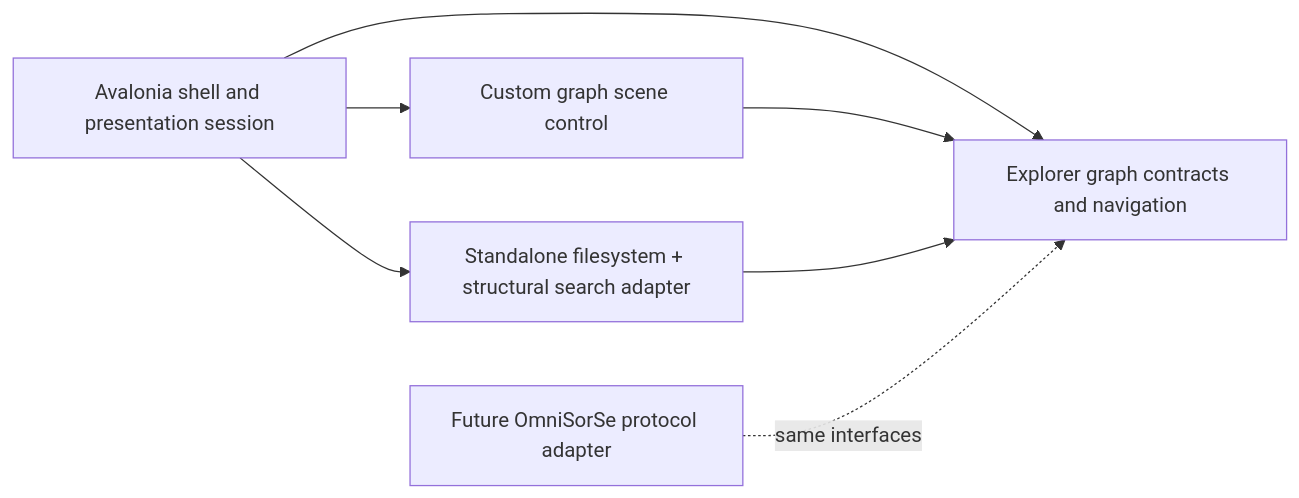
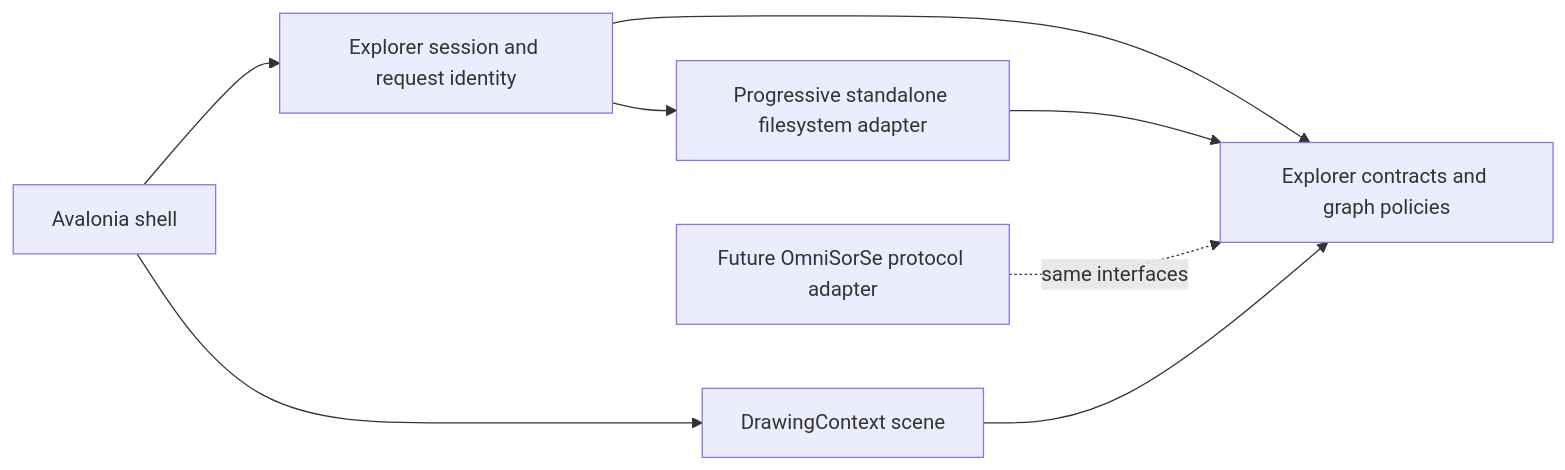
The diagram in docs/architecture.md (nishdel/OmniBrille), drawn with Mermaid before and after one commit. The commit also changed other lines of this file and 2 other files, not shown here.

````diff
--- a/docs/architecture.md
+++ b/docs/architecture.md
@@ -9,9 +9,10 @@
 ```mermaid
 flowchart LR
-    Shell[Avalonia shell and presentation session] --> Core[Explorer graph contracts and navigation]
-    Shell --> Renderer[Custom graph scene control]
+    Shell[Avalonia shell] --> Session[Explorer session and request identity]
+    Session --> Core[Explorer contracts and graph policies]
+    Shell --> Renderer[DrawingContext scene]
     Renderer --> Core
-    FS[Standalone filesystem + structural search adapter] --> Core
-    Shell --> FS
+    FS[Progressive standalone filesystem adapter] --> Core
+    Session --> FS
     Future[Future OmniSorSe protocol adapter] -. same interfaces .-> Core
 ```
````
